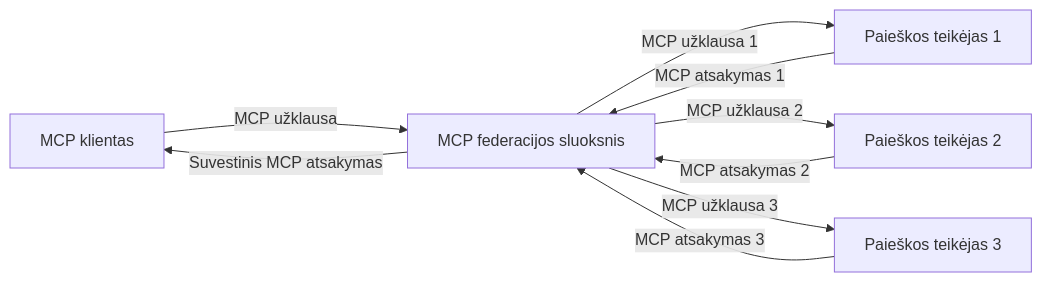
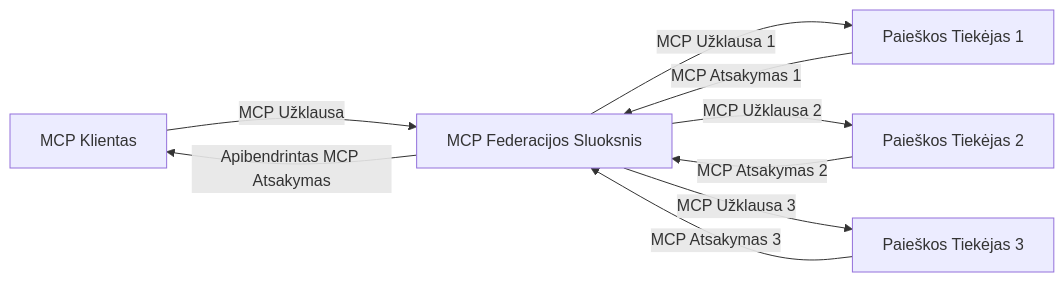
The third of 4 diagrams in translations/lt/05-AdvancedTopics/mcp-realtimesearch/README.md (microsoft/mcp-for-beginners), drawn with Mermaid before and after one commit. The commit also changed other lines of this file and 132 other files, not shown here.

````diff
--- a/translations/lt/05-AdvancedTopics/mcp-realtimesearch/README.md
+++ b/translations/lt/05-AdvancedTopics/mcp-realtimesearch/README.md
@@ -610,11 +612,11 @@
 ```mermaid
 graph LR
-    Client[MCP klientas] --> |MCP užklausa| Federation[MCP federacijos sluoksnis]
-    Federation --> |MCP užklausa 1| Search1[Paieškos teikėjas 1]
-    Federation --> |MCP užklausa 2| Search2[Paieškos teikėjas 2]
-    Federation --> |MCP užklausa 3| Search3[Paieškos teikėjas 3]
-    Search1 --> |MCP atsakymas 1| Federation
-    Search2 --> |MCP atsakymas 2| Federation
-    Search3 --> |MCP atsakymas 3| Federation
-    Federation --> |Suvestinis MCP atsakymas| Client
+    Client[MCP Klientas] --> |MCP Užklausa| Federation[MCP Federacijos Sluoksnis]
+    Federation --> |MCP Užklausa 1| Search1[Paieškos Tiekėjas 1]
+    Federation --> |MCP Užklausa 2| Search2[Paieškos Tiekėjas 2]
+    Federation --> |MCP Užklausa 3| Search3[Paieškos Tiekėjas 3]
+    Search1 --> |MCP Atsakymas 1| Federation
+    Search2 --> |MCP Atsakymas 2| Federation
+    Search3 --> |MCP Atsakymas 3| Federation
+    Federation --> |Apibendrintas MCP Atsakymas| Client
 ```
````
